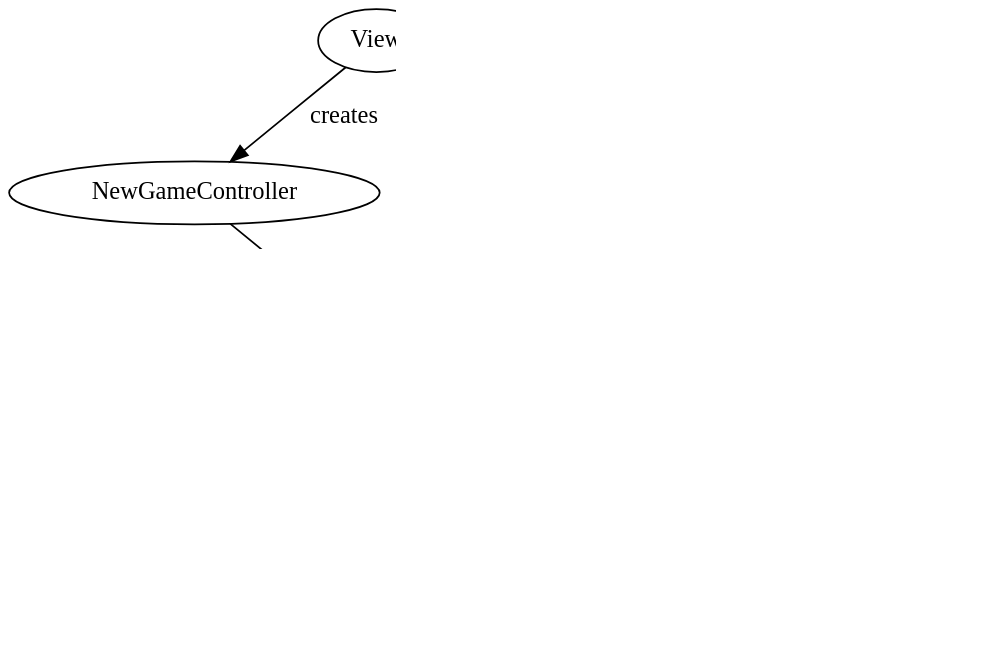
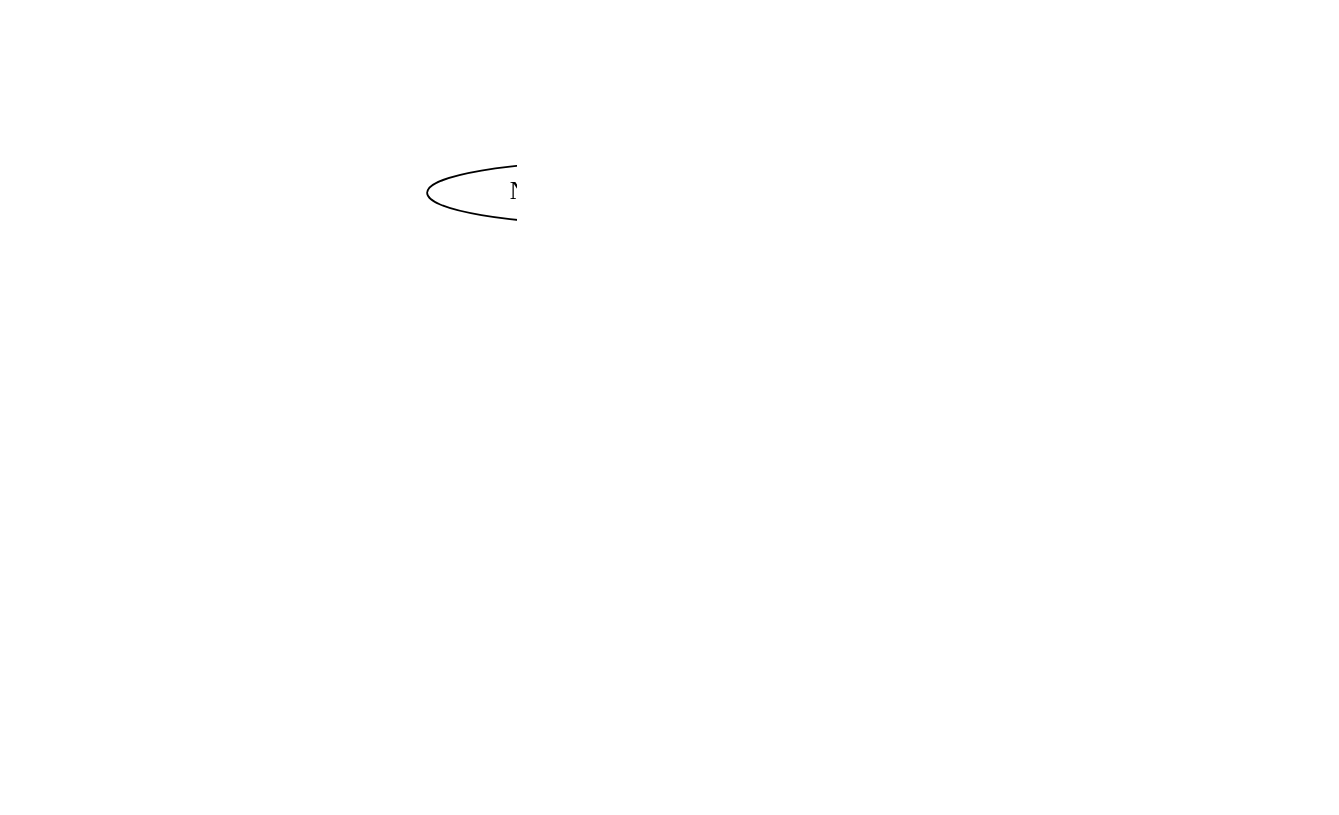
One commit to subchannel13/Stareater changed the diagram in documentation/Graphs/controllers.gv. Above: the diagram before and after it, drawn with Graphviz. The commit also changed 1 other file, not shown here.

Commit message:
GameController documentation and some updates

```diff
--- a/documentation/Graphs/controllers.gv
+++ b/documentation/Graphs/controllers.gv
@@ -1,17 +1,21 @@
 digraph G {
 
 	graph [dpi=200];
 
 	View -> NewGameController [label="creates"];
 	View -> SavesController [label="creates"];
 
 	NewGameController -> GameController [label="new game"];
 	SavesController -> GameController [label="load game"];
 	
-	GameController -> StarSystemController [label="view"];
-	GameController -> ShipDesignController [label="new design"];
-	{rank=same; GameController ShipDesignController}
+	GameController -> LibraryController [label="open"];
+	GameController -> PlayerController [label="create"];
+	GameController -> SpaceBattleController [label="on combat"];
+	
+	PlayerController -> StarSystemController [label="view"];
+	PlayerController -> ShipDesignController [label="new design"];
+	PlayerController -> ColonizationController [label="colonize/open"];
 	
 	StarSystemController -> ColonyController [label="view"];
 	StarSystemController -> StellarisAdminController [label="view"];
 }
```
